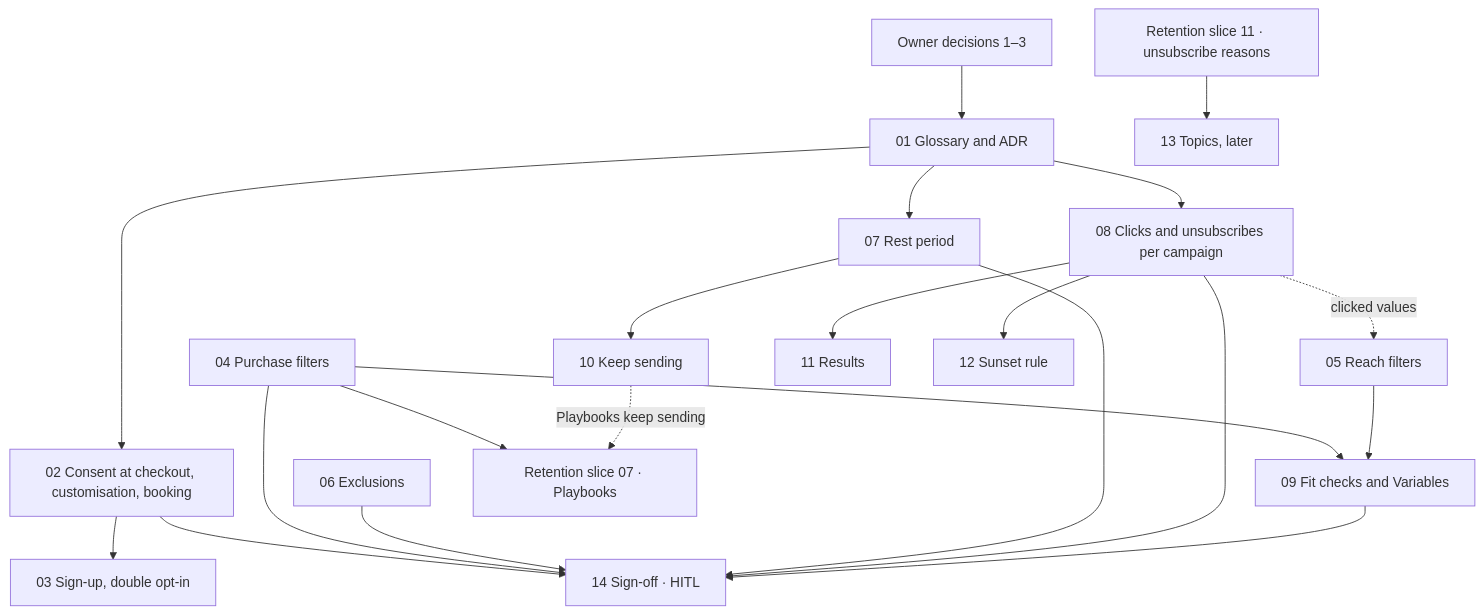
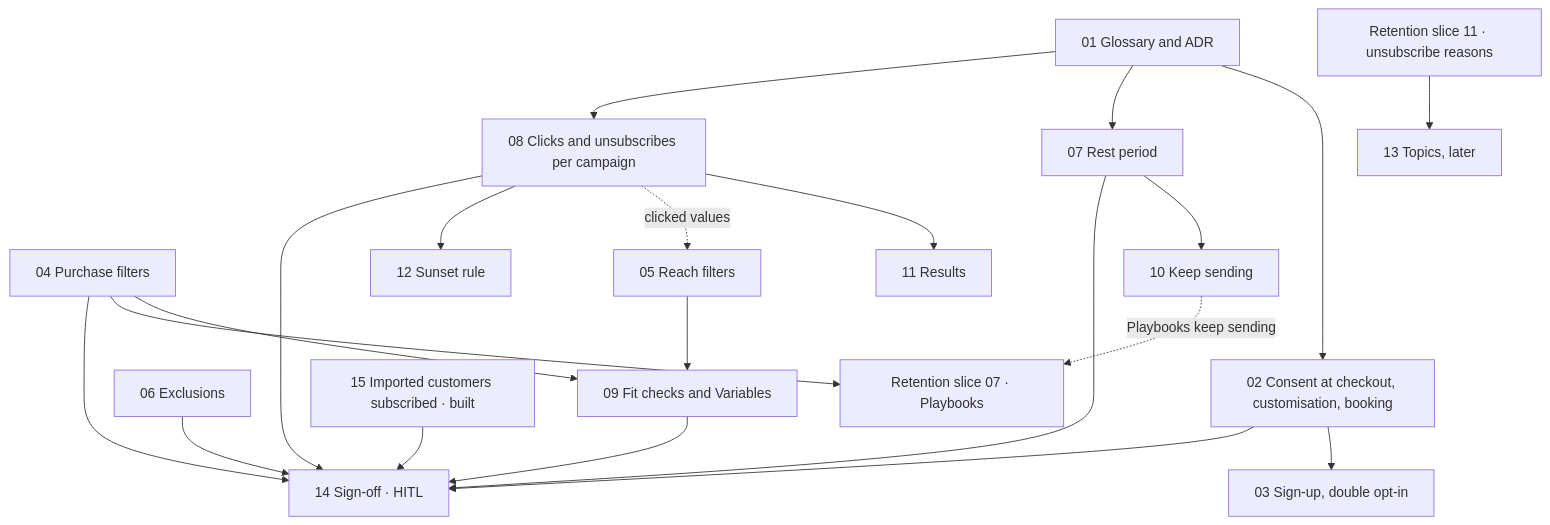
Before and after one commit to ivanyeors/mp: the diagram in .claude/PRD-campaign-audiences/issues/README.md, drawn with Mermaid. The commit also changed other lines of this file and 38 other files, not shown here.

First line of the commit message:
Consent by default: imported customers subscribed, checkout box ticked

````diff
--- a/.claude/PRD-campaign-audiences/issues/README.md
+++ b/.claude/PRD-campaign-audiences/issues/README.md
@@ -33,39 +34,39 @@
 ```mermaid
 graph TD
-  d1[Owner decisions 1–3]
   s01[01 Glossary and ADR]
   s02[02 Consent at checkout, customisation, booking]
   s03[03 Sign-up, double opt-in]
   s04[04 Purchase filters]
   s05[05 Reach filters]
   s06[06 Exclusions]
   s07[07 Rest period]
   s08[08 Clicks and unsubscribes per campaign]
   s09[09 Fit checks and Variables]
   s10[10 Keep sending]
   s11[11 Results]
   s12[12 Sunset rule]
   s13[13 Topics, later]
   s14[14 Sign-off · HITL]
+  s15[15 Imported customers subscribed · built]
   r07[Retention slice 07 · Playbooks]
   r11[Retention slice 11 · unsubscribe reasons]
 
-  d1 --> s01
+  s15 --> s14
   s01 --> s02 --> s03
   s01 --> s07 --> s10
   s01 --> s08
   s08 --> s11
   s08 -. clicked values .-> s05
   s08 --> s12
   s04 --> s09
   s05 --> s09
   s04 --> r07
   s10 -. Playbooks keep sending .-> r07
   r11 --> s13
   s02 --> s14
   s04 --> s14
   s06 --> s14
   s07 --> s14
   s08 --> s14
   s09 --> s14
 ```
````
